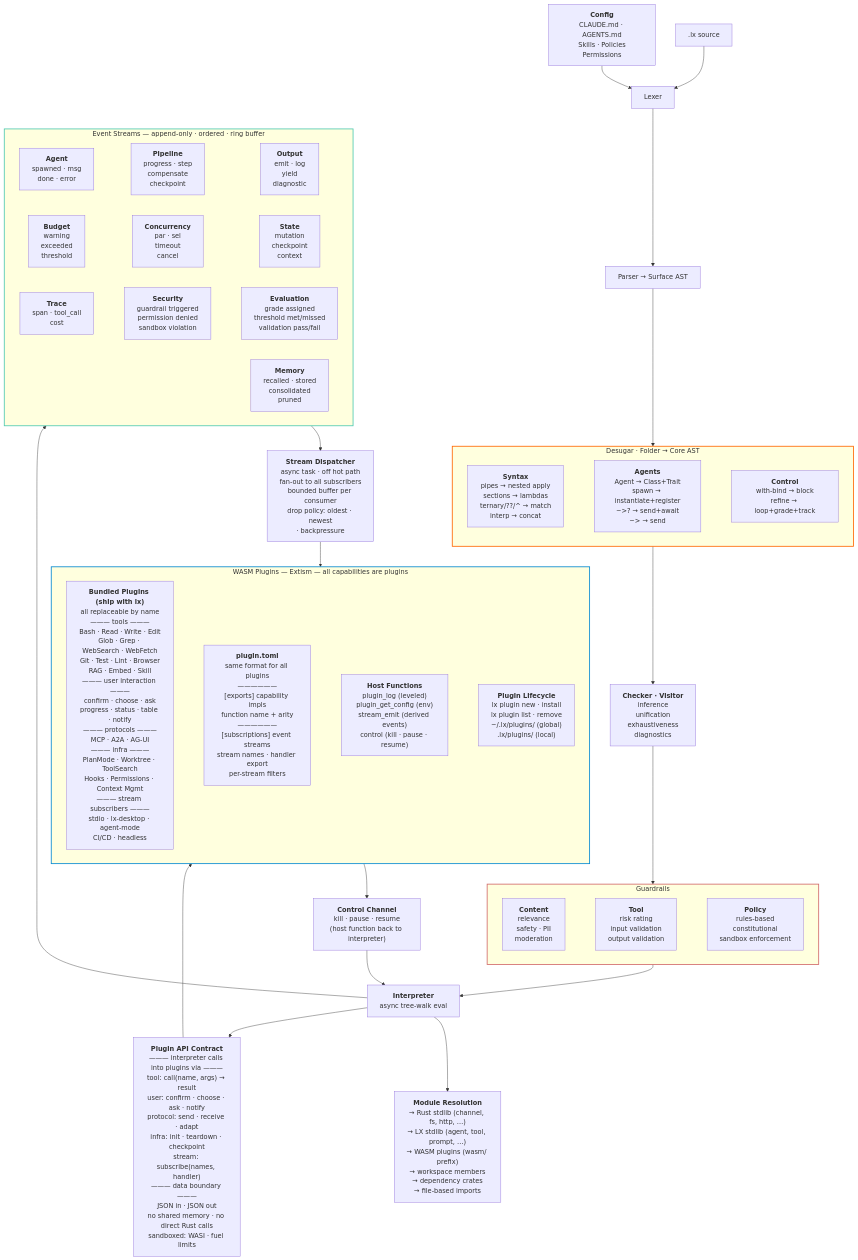
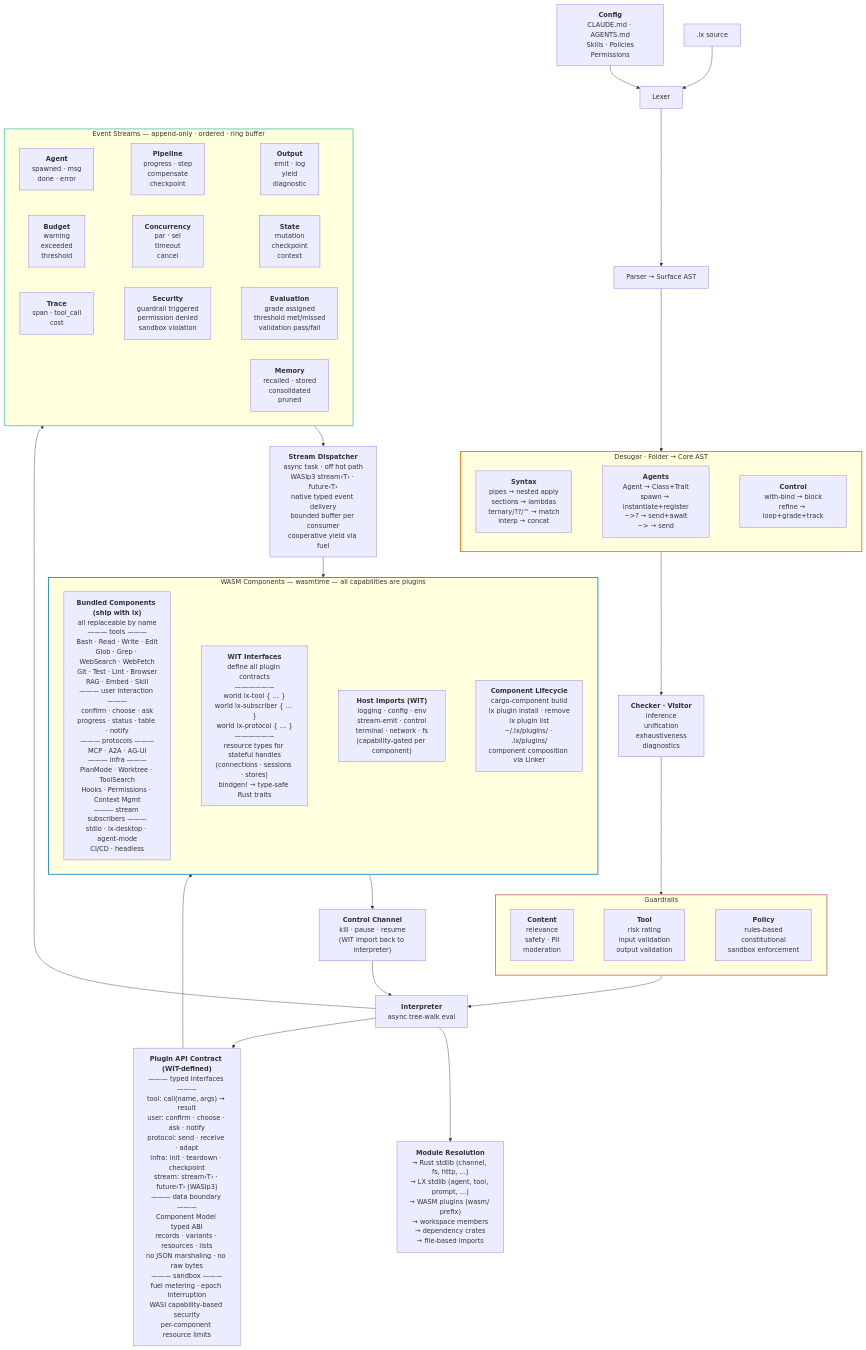
One commit to Distortedlogic/lx changed the diagram in DIAGRAM.mmd. Above: the diagram before and after it, drawn with Mermaid. The commit also changed 4 other files, not shown here.

Commit message:
Update Cargo.toml, DIAGRAM.mmd, Cargo.toml, and 2 more files

```diff
--- a/DIAGRAM.mmd
+++ b/DIAGRAM.mmd
@@ -1,185 +1,191 @@
 graph TD
     source[".lx source"]
     config["`**Config**
 CLAUDE.md · AGENTS.md
 Skills · Policies
 Permissions`"]
     source --> lexer["Lexer"]:::orange
     config --> lexer
     lexer --> parser["Parser → Surface AST"]:::orange
     parser --> desugars
 
     subgraph desugars ["Desugar · Folder → Core AST"]
         direction LR
         ds_syntax["`**Syntax**
 pipes → nested apply
 sections → lambdas
 ternary/??/^ → match
 interp → concat`"]:::orange
         ds_agents["`**Agents**
 Agent → Class+Trait
 spawn → instantiate+register
 ~>? → send+await
 ~> → send`"]:::orange
         ds_control["`**Control**
 with-bind → block
 refine → loop+grade+track`"]:::orange
         ds_syntax ~~~ ds_agents ~~~ ds_control
     end
 
     desugars --> checker["`**Checker · Visitor**
 inference
 unification
 exhaustiveness
 diagnostics`"]:::yellow
     checker --> guardrails
 
     subgraph guardrails ["Guardrails"]
         direction LR
         gr_content["`**Content**
 relevance
 safety · PII
 moderation`"]:::red
         gr_tool["`**Tool**
 risk rating
 input validation
 output validation`"]:::red
         gr_policy["`**Policy**
 rules-based
 constitutional
 sandbox enforcement`"]:::red
         gr_content ~~~ gr_tool ~~~ gr_policy
     end
 
     guardrails --> interpreter["`**Interpreter**
 async tree-walk eval`"]:::purple
 
     interpreter --> resolve["`**Module Resolution**
 → Rust stdlib (channel, fs, http, …)
 → LX stdlib (agent, tool, prompt, …)
 → WASM plugins (wasm/ prefix)
 → workspace members
 → dependency crates
 → file-based imports`"]:::purple
 
-    interpreter --> api["`**Plugin API Contract**
-——— interpreter calls into plugins via ———
+    interpreter --> api["`**Plugin API Contract (WIT-defined)**
+——— typed interfaces ———
 tool: call(name, args) → result
 user: confirm · choose · ask · notify
 protocol: send · receive · adapt
 infra: init · teardown · checkpoint
-stream: subscribe(names, handler)
+stream: stream‹T› · future‹T› (WASIp3)
 ——— data boundary ———
-JSON in · JSON out
-no shared memory · no direct Rust calls
-sandboxed: WASI · fuel limits`"]:::blue
+Component Model typed ABI
+records · variants · resources · lists
+no JSON marshaling · no raw bytes
+——— sandbox ———
+fuel metering · epoch interruption
+WASI capability-based security
+per-component resource limits`"]:::blue
 
     interpreter --> events
 
     api --> wasm_ext
 
-    subgraph wasm_ext ["WASM Plugins — Extism — all capabilities are plugins"]
+    subgraph wasm_ext ["WASM Components — wasmtime — all capabilities are plugins"]
         direction LR
-        bundled["`**Bundled Plugins (ship with lx)**
+        bundled["`**Bundled Components (ship with lx)**
 all replaceable by name
 ——— tools ———
 Bash · Read · Write · Edit
 Glob · Grep · WebSearch · WebFetch
 Git · Test · Lint · Browser
 RAG · Embed · Skill
 ——— user interaction ———
 confirm · choose · ask
 progress · status · table · notify
 ——— protocols ———
 MCP · A2A · AG-UI
 ——— infra ———
 PlanMode · Worktree · ToolSearch
 Hooks · Permissions · Context Mgmt
 ——— stream subscribers ———
 stdio · lx-desktop · agent-mode
 CI/CD · headless`"]:::blue
-        manifest["`**plugin.toml**
-same format for all plugins
+        wit["`**WIT Interfaces**
+define all plugin contracts
 ——————
-[exports] capability impls
-function name + arity
+world lx-tool { … }
+world lx-subscriber { … }
+world lx-protocol { … }
 ——————
-[subscriptions] event streams
-stream names · handler export
-per-stream filters`"]:::blue
-        host_fns["`**Host Functions**
-plugin_log (leveled)
-plugin_get_config (env)
-stream_emit (derived events)
-control (kill · pause · resume)`"]:::blue
-        lifecycle["`**Plugin Lifecycle**
-lx plugin new · install
-lx plugin list · remove
-~/.lx/plugins/ (global)
-.lx/plugins/ (local)`"]:::blue
-        bundled ~~~ manifest ~~~ host_fns ~~~ lifecycle
+resource types for stateful handles
+(connections · sessions · stores)
+bindgen! → type-safe Rust traits`"]:::blue
+        imports["`**Host Imports (WIT)**
+logging · config · env
+stream-emit · control
+terminal · network · fs
+(capability-gated per component)`"]:::blue
+        lifecycle["`**Component Lifecycle**
+cargo-component build
+lx plugin install · remove
+lx plugin list
+~/.lx/plugins/ · .lx/plugins/
+component composition via Linker`"]:::blue
+        bundled ~~~ wit ~~~ imports ~~~ lifecycle
     end
 
     subgraph events ["Event Streams — append-only · ordered · ring buffer"]
         direction LR
         evt_agent["`**Agent**
 spawned · msg
 done · error`"]:::teal
         evt_pipeline["`**Pipeline**
 progress · step
 compensate
 checkpoint`"]:::teal
         evt_output["`**Output**
 emit · log
 yield
 diagnostic`"]:::teal
         evt_budget["`**Budget**
 warning
 exceeded
 threshold`"]:::teal
         evt_concurrency["`**Concurrency**
 par · sel
 timeout
 cancel`"]:::teal
         evt_state["`**State**
 mutation
 checkpoint
 context`"]:::teal
         evt_trace["`**Trace**
 span · tool_call
 cost`"]:::teal
         evt_security["`**Security**
 guardrail triggered
 permission denied
 sandbox violation`"]:::teal
         evt_eval["`**Evaluation**
 grade assigned
 threshold met/missed
 validation pass/fail`"]:::teal
         evt_memory["`**Memory**
 recalled · stored
 consolidated
 pruned`"]:::teal
         evt_agent ~~~ evt_pipeline ~~~ evt_output
         evt_budget ~~~ evt_concurrency ~~~ evt_state
         evt_trace ~~~ evt_security ~~~ evt_eval
     end
 
     events --> dispatch["`**Stream Dispatcher**
 async task · off hot path
-fan-out to all subscribers
+WASIp3 stream‹T› · future‹T›
+native typed event delivery
 bounded buffer per consumer
-drop policy: oldest · newest
-· backpressure`"]:::teal
+cooperative yield via fuel`"]:::teal
 
     dispatch --> wasm_ext
 
     wasm_ext --> control["`**Control Channel**
 kill · pause · resume
-(host function back to interpreter)`"]:::teal
+(WIT import back to interpreter)`"]:::teal
     control --> interpreter
 
     style desugars stroke:#ff6600,stroke-width:2px
     style guardrails stroke:#d16969,stroke-width:2px
     style events stroke:#4ec9b0,stroke-width:2px
     style wasm_ext stroke:#0288d1,stroke-width:2px
```
